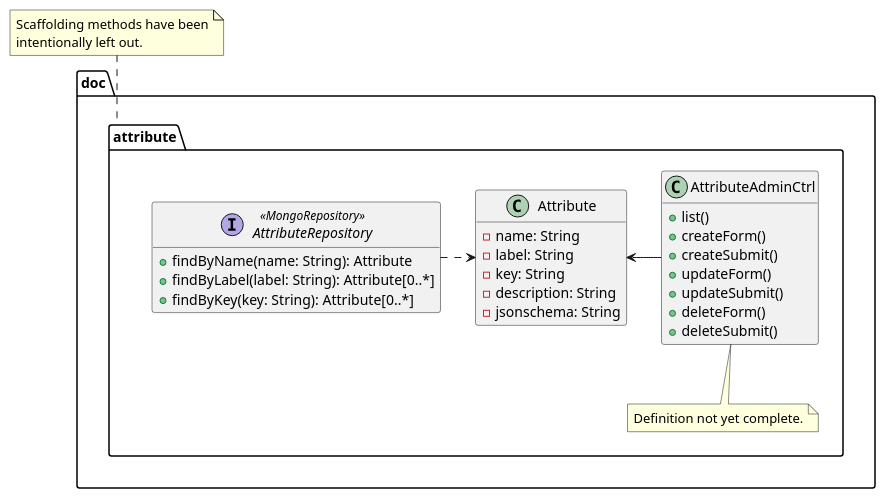
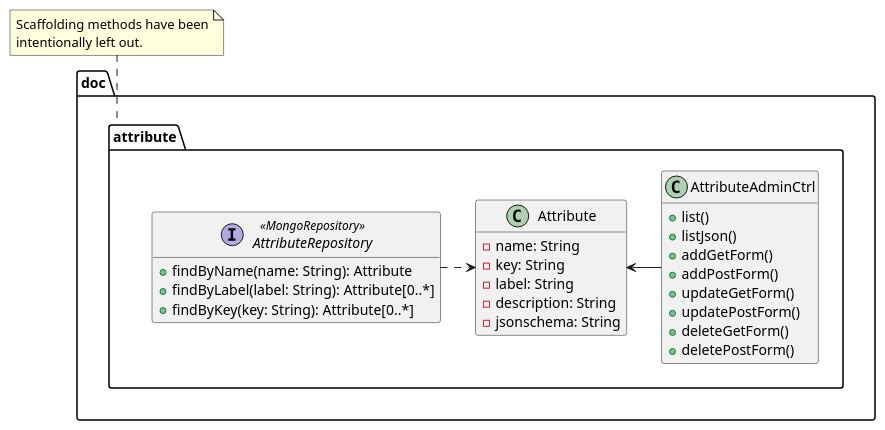
The diagram in doc/uml/doc/attribute.md (peerpub/peerpub), drawn with PlantUML before and after one commit. The commit also changed 2 other files, not shown here.

Commit message:
Add (not yet complete) controller AttributeAdminCtrl and unit test.
This relates to #56, which describes the metadata attribute requirement.
It solves this issue partially, as from the CRUD methods only CREATE and READ implemented and tested with a unit test.

Still missing are UPDATE and DELETE methods plus integration tests.

Updates the UML class diagram for package doc.attribute, too.

````diff
--- a/doc/uml/doc/attribute.md
+++ b/doc/uml/doc/attribute.md
@@ -1,41 +1,39 @@
 ```plantuml
 @startuml
 package doc.attribute {
   hide empty methods
   hide empty attribute
 
   class Attribute {
     -name: String
+    -key: String
     -label: String
-    -key: String
     -description: String
     -jsonschema: String
   }
 
   AttributeRepository .> Attribute
   interface AttributeRepository <<MongoRepository>> {
     +findByName(name: String): Attribute
     +findByLabel(label: String): Attribute[0..*]
     +findByKey(key: String): Attribute[0..*]
   }
 
   Attribute <- AttributeAdminCtrl
   class AttributeAdminCtrl {
     +list()
-    +createForm()
-    +createSubmit()
-    +updateForm()
-    +updateSubmit()
-    +deleteForm()
-    +deleteSubmit()
+    +listJson()
+    +addGetForm()
+    +addPostForm()
+    +updateGetForm()
+    +updatePostForm()
+    +deleteGetForm()
+    +deletePostForm()
   }
-  note bottom of AttributeAdminCtrl
-  Definition not yet complete.
-  end note
 }
 note top of doc.attribute
 Scaffolding methods have been
 intentionally left out.
 end note
 @enduml
 ```
````
